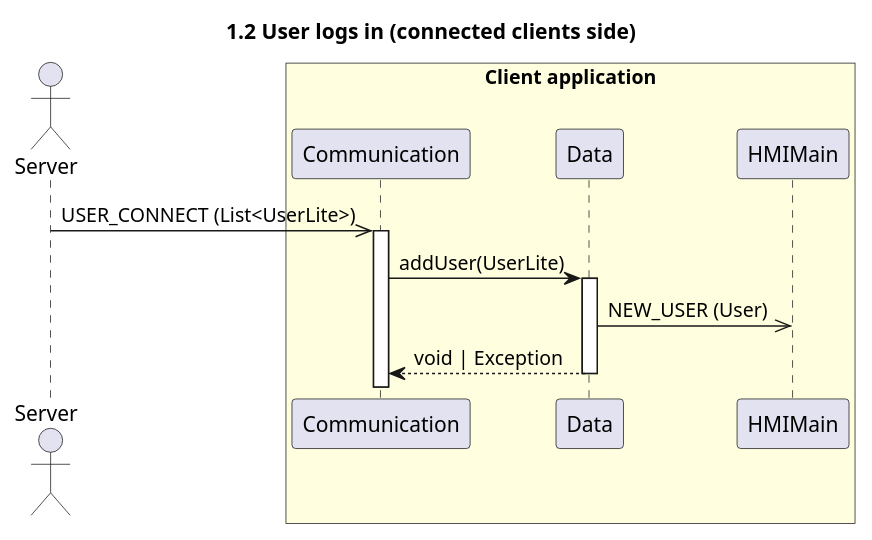
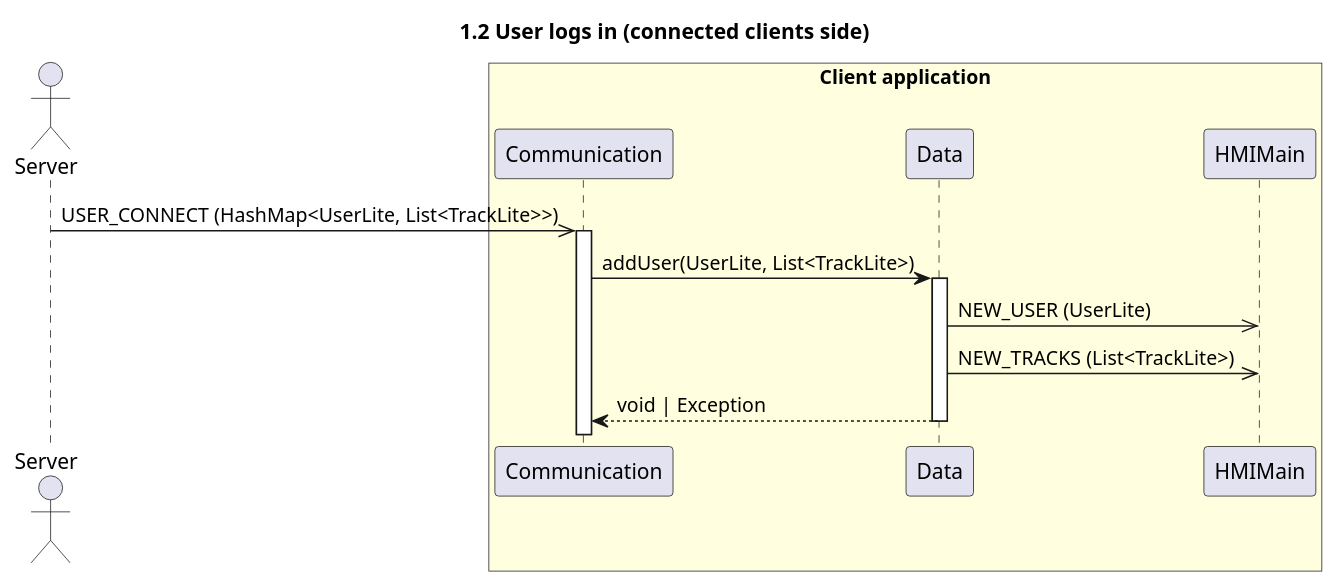
The diagram in sequence/1.2.user_logs_in_others.puml (UTCAI12/Diagrams), drawn with PlantUML before and after one commit. The commit also changed 3 other files, not shown here.

Commit message:
fix user_connect (now sending tracks)

```diff
--- a/sequence/1.2.user_logs_in_others.puml
+++ b/sequence/1.2.user_logs_in_others.puml
@@ -1,16 +1,17 @@
 @startuml 1.2 User logs in (connected clients side)
 title 1.2 User logs in (connected clients side)
 
 actor "Server" as server
 box "Client application" #LightYellow
     participant "Communication" as com
     participant "Data" as data
     participant "HMIMain" as hmi
 end box
 
-server->>com++: USER_CONNECT (List<UserLite>)
-com->data++: addUser(UserLite)
-data->>hmi: NEW_USER (User)
+server->>com++: USER_CONNECT (HashMap<UserLite, List<TrackLite>>)
+com->data++: addUser(UserLite, List<TrackLite>)
+data->>hmi: NEW_USER (UserLite)
+data->>hmi: NEW_TRACKS (List<TrackLite>)
 return void | Exception
 
 @enduml
```
